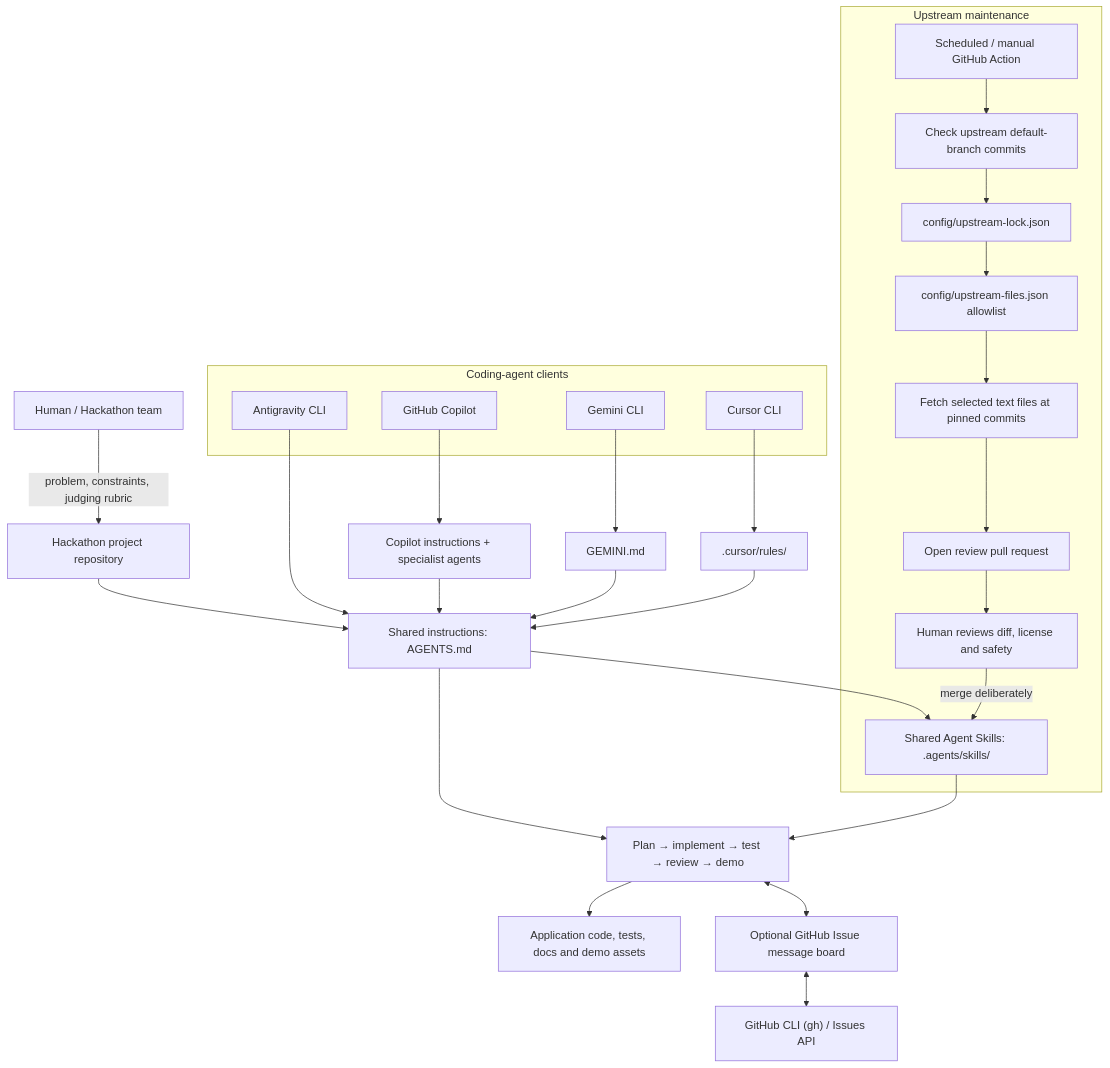
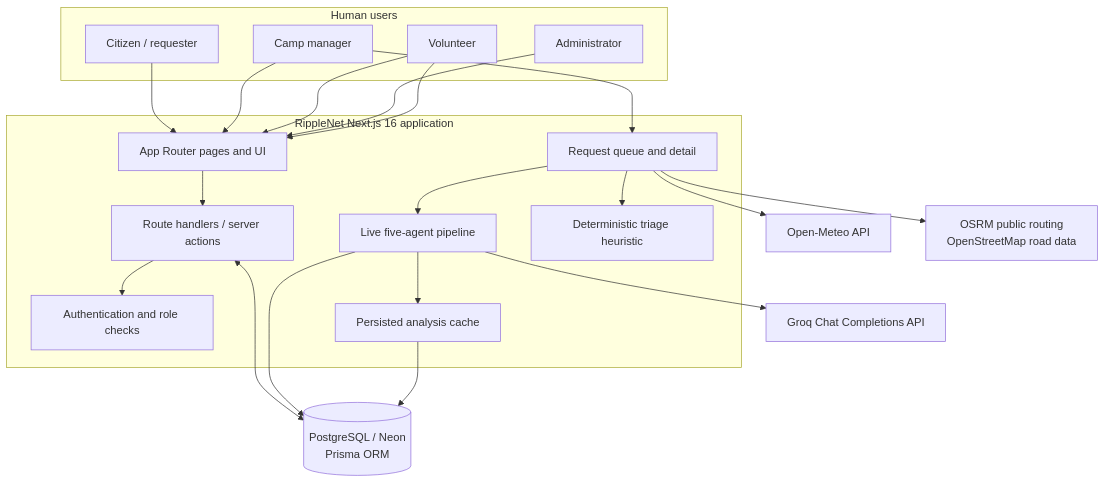
Before and after one commit to Mzaq1559/RIPPLENET: the first of 3 diagrams in docs/architecture.md, drawn with Mermaid. The commit also changed other lines of this file, not shown here.

Commit message:
docs: document implemented RippleNet architecture

````diff
--- a/docs/architecture.md
+++ b/docs/architecture.md
@@ -7,33 +7,42 @@
 ```mermaid
 flowchart TB
-    H["Human / Hackathon team"] -->|problem, constraints, judging rubric| P["Hackathon project repository"]
-    subgraph Hosts["Coding-agent clients"]
-      CP["GitHub Copilot"]
-      GE["Gemini CLI"]
-      AG["Antigravity CLI"]
-      CU["Cursor CLI"]
-    end
-    P --> SH["Shared instructions: AGENTS.md"]
-    CP --> CI["Copilot instructions + specialist agents"]
-    GE --> GI["GEMINI.md"]
-    AG --> SH
-    CU --> CR[".cursor/rules/"]
-    CI --> SH
-    GI --> SH
-    CR --> SH
-    SH --> SK["Shared Agent Skills: .agents/skills/"]
-    SH --> WORK["Plan → implement → test → review → demo"]
-    SK --> WORK
-    WORK --> CODE["Application code, tests, docs and demo assets"]
-    WORK <--> BOARD["Optional GitHub Issue message board"]
-    BOARD <--> GH["GitHub CLI (gh) / Issues API"]
-    subgraph Updates["Upstream maintenance"]
-      SCHED["Scheduled / manual GitHub Action"] --> CHECK["Check upstream default-branch commits"]
-      CHECK --> LOCK["config/upstream-lock.json"]
-      LOCK --> ALLOW["config/upstream-files.json allowlist"]
-      ALLOW --> SYNC["Fetch selected text files at pinned commits"]
-      SYNC --> PR["Open review pull request"]
-      PR --> REVIEW["Human reviews diff, license and safety"]
-      REVIEW -->|merge deliberately| SK
-    end
+  subgraph People["Human users"]
+    Citizen["Citizen / requester"]
+    Manager["Camp manager"]
+    Volunteer["Volunteer"]
+    Admin["Administrator"]
+  end
+
+  subgraph App["RippleNet Next.js 16 application"]
+    UI["App Router pages and UI"]
+    API["Route handlers / server actions"]
+    Auth["Authentication and role checks"]
+    Queue["Request queue and detail"]
+    Pipeline["Live five-agent pipeline"]
+    Score["Deterministic triage heuristic"]
+    Cache["Persisted analysis cache"]
+  end
+
+  DB[("PostgreSQL / Neon\nPrisma ORM")]
+  Groq["Groq Chat Completions API"]
+  Weather["Open-Meteo API"]
+  Routing["OSRM public routing\nOpenStreetMap road data"]
+
+  Citizen --> UI
+  Manager --> UI
+  Volunteer --> UI
+  Admin --> UI
+  UI --> API
+  API --> Auth
+  API <--> DB
+  Manager --> Queue
+  Queue --> Score
+  Queue --> Weather
+  Queue --> Routing
+  Queue --> Pipeline
+  Pipeline --> Groq
+  Pipeline --> DB
+  Pipeline --> Cache
+  Cache --> DB
+  Volunteer --> UI
 ```
````
